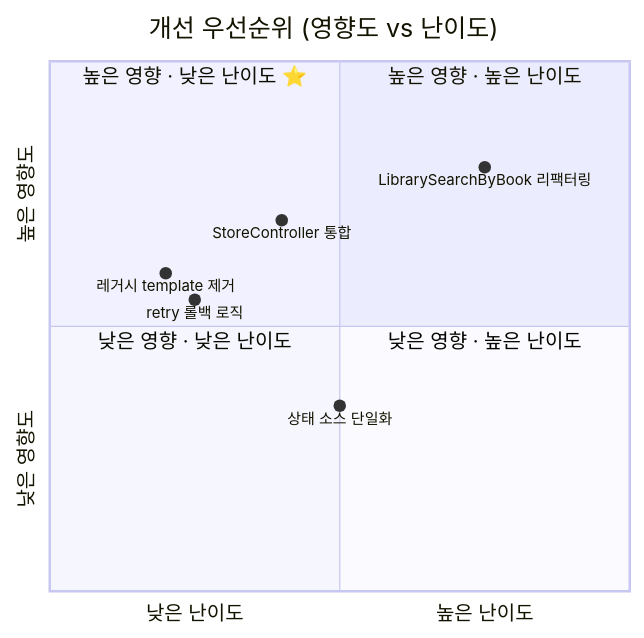
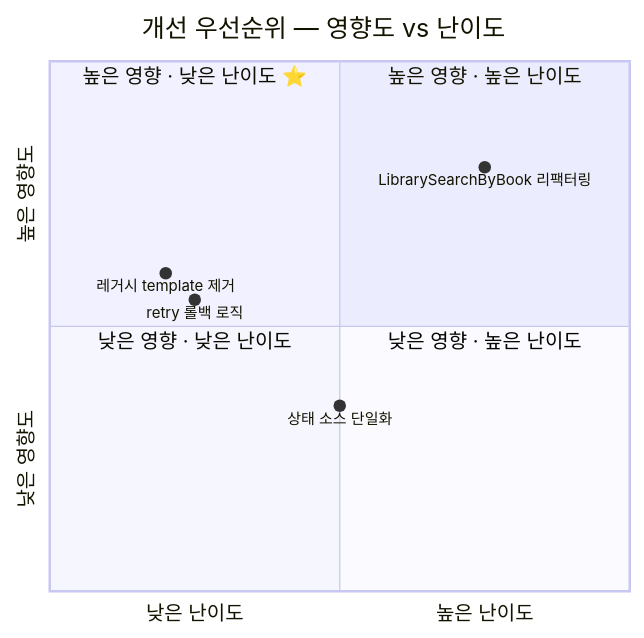
Before and after one commit to thegicode/book-world: the fourth of 4 diagrams in docs/LibrarySearch/library_search_architecture_analysis_20260226_cl.md, drawn with Mermaid. The commit also changed other lines of this file and 7 other files, not shown here.

````diff
--- a/docs/LibrarySearch/library_search_architecture_analysis_20260226_cl.md
+++ b/docs/LibrarySearch/library_search_architecture_analysis_20260226_cl.md
@@ -212,15 +213,14 @@
 ```mermaid
 quadrantChart
-    title 개선 우선순위 (영향도 vs 난이도)
+    title 개선 우선순위 — 영향도 vs 난이도
     x-axis 낮은 난이도 --> 높은 난이도
     y-axis 낮은 영향도 --> 높은 영향도
     quadrant-1 "높은 영향 · 높은 난이도"
     quadrant-2 "높은 영향 · 낮은 난이도 ⭐"
     quadrant-3 "낮은 영향 · 낮은 난이도"
     quadrant-4 "낮은 영향 · 높은 난이도"
     "레거시 template 제거": [0.2, 0.6]
-    "StoreController 통합": [0.4, 0.7]
     "retry 롤백 로직": [0.25, 0.55]
     "LibrarySearchByBook 리팩터링": [0.75, 0.8]
     "상태 소스 단일화": [0.5, 0.35]
 ```
````
